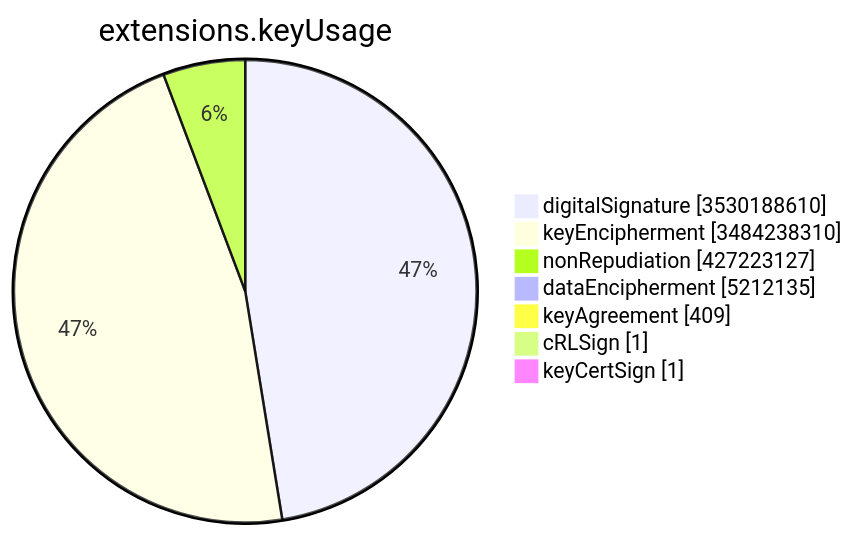
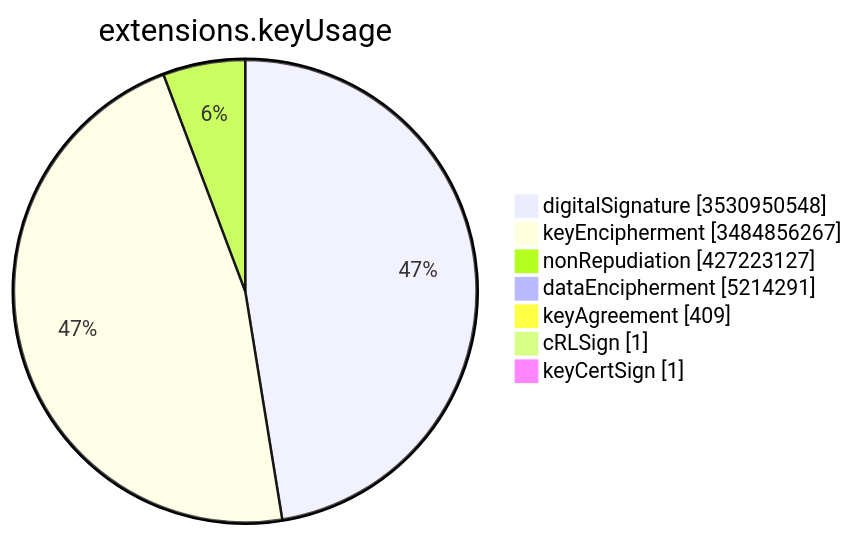
One commit to christiankrug/ctmonitor_visualization changed the sixth of 15 diagrams in TOTAL/README.md. Above: the diagram before and after it, drawn with Mermaid. The commit also changed other lines of this file, not shown here.

````diff
--- a/TOTAL/README.md
+++ b/TOTAL/README.md
@@ -3083,11 +3083,11 @@
 ```mermaid
 pie showData
 title extensions.keyUsage
-"digitalSignature" :3530188610
-"keyEncipherment" :3484238310
+"digitalSignature" :3530950548
+"keyEncipherment" :3484856267
 "nonRepudiation" :427223127
-"dataEncipherment" :5212135
+"dataEncipherment" :5214291
 "keyAgreement" :409
 "cRLSign" :1
 "keyCertSign" :1
 ```
````
